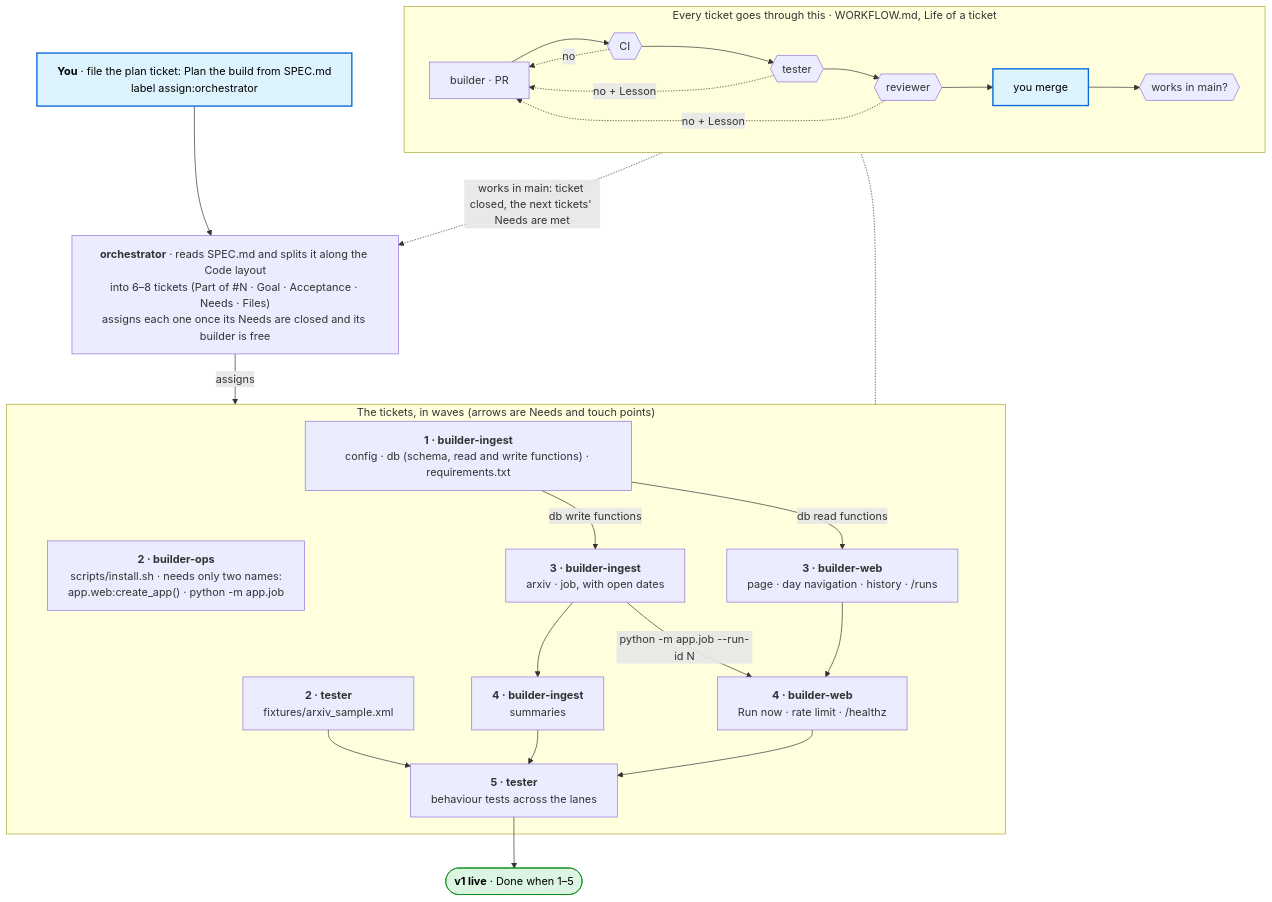
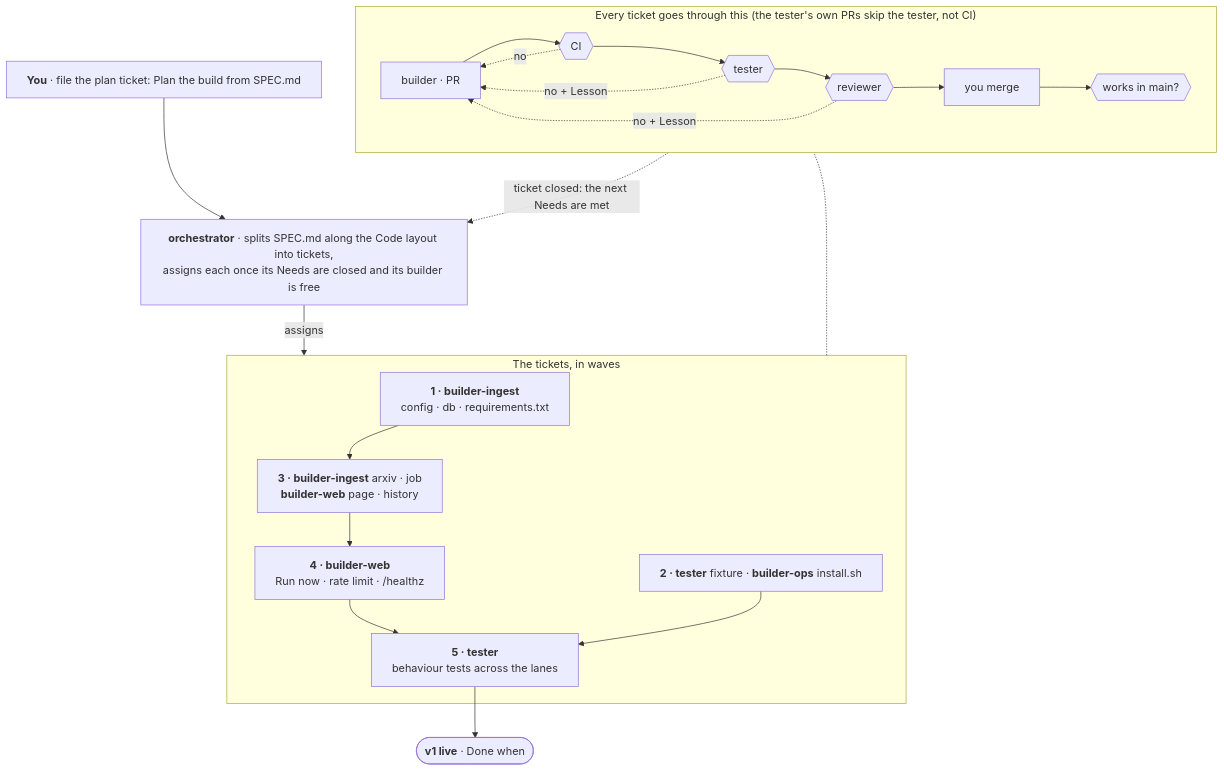
The diagram in SPEC.md (nikhil-kunapareddy/daily-briefing), drawn with Mermaid before and after one commit. The commit also changed other lines of this file and 9 other files, not shown here.

First line of the commit message:
SPEC: bare-bones v1; CI gates review for every PR

````diff
--- a/SPEC.md
+++ b/SPEC.md
@@ -297,48 +117,28 @@
 ```mermaid
 %%{init: {"flowchart": {"wrappingWidth": 420}}}%%
 flowchart TD
-  U["<b>You</b> · file the plan ticket: Plan the build from SPEC.md<br/>label assign:orchestrator"]
-  O["<b>orchestrator</b> · reads SPEC.md and splits it along the Code layout<br/>into 6–8 tickets (Part of #N · Goal · Acceptance · Needs · Files)<br/>assigns each one once its Needs are closed and its builder is free"]
-
-  subgraph WAVES["The tickets, in waves (arrows are Needs and touch points)"]
-    W1["<b>1 · builder-ingest</b><br/>config · db (schema, read and write functions) · requirements.txt"]
-    W2T["<b>2 · tester</b><br/>fixtures/arxiv_sample.xml"]
-    W2O["<b>2 · builder-ops</b><br/>scripts/install.sh · needs only two names:<br/>app.web:create_app() · python -m app.job"]
-    W3I["<b>3 · builder-ingest</b><br/>arxiv · job, with open dates"]
-    W3W["<b>3 · builder-web</b><br/>page · day navigation · history · /runs"]
-    W4I["<b>4 · builder-ingest</b><br/>summaries"]
-    W4W["<b>4 · builder-web</b><br/>Run now · rate limit · /healthz"]
+  U["<b>You</b> · file the plan ticket: Plan the build from SPEC.md"]
+  O["<b>orchestrator</b> · splits SPEC.md along the Code layout into tickets,<br/>assigns each once its Needs are closed and its builder is free"]
+  subgraph WAVES["The tickets, in waves"]
+    W1["<b>1 · builder-ingest</b><br/>config · db · requirements.txt"]
+    W2["<b>2 · tester</b> fixture · <b>builder-ops</b> install.sh"]
+    W3["<b>3 · builder-ingest</b> arxiv · job<br/><b>builder-web</b> page · history"]
+    W4["<b>4 · builder-web</b><br/>Run now · rate limit · /healthz"]
     W5["<b>5 · tester</b><br/>behaviour tests across the lanes"]
-    W1 -->|"db write functions"| W3I
-    W1 -->|"db read functions"| W3W
-    W3I --> W4I
-    W3I -->|"python -m app.job --run-id N"| W4W
-    W3W --> W4W
-    W1 ~~~ W2T
-    W1 ~~~ W2O
-    W2T --> W5
-    W4I --> W5
-    W4W --> W5
+    W1 ~~~ W2
+    W1 --> W3 --> W4 --> W5
+    W2 --> W5
   end
-
-  subgraph EACH["Every ticket goes through this · WORKFLOW.md, Life of a ticket"]
+  subgraph EACH["Every ticket goes through this (the tester's own PRs skip the tester, not CI)"]
     direction LR
     E1["builder · PR"] --> E2{{"CI"}} --> E3{{"tester"}} --> E4{{"reviewer"}} --> E5["you merge"] --> E6{{"works in main?"}}
   end
-
-  V(["<b>v1 live</b> · Done when 1–5"])
-
-  U --> O
-  O -->|"assigns"| WAVES
+  V(["<b>v1 live</b> · Done when"])
+  U --> O -->|"assigns"| WAVES
   WAVES -.- EACH
-  EACH -.->|"works in main: ticket closed, the next tickets' Needs are met"| O
+  EACH -.->|"ticket closed: the next Needs are met"| O
   E2 -.->|"no"| E1
   E3 -.->|"no + Lesson"| E1
   E4 -.->|"no + Lesson"| E1
   W5 --> V
-
-  classDef you fill:#ddf4ff,stroke:#0969da,stroke-width:2px,color:#000
-  classDef done fill:#dcf5e3,stroke:#0e8a16,color:#000
-  class U,E5 you
-  class V done
 ```
````
